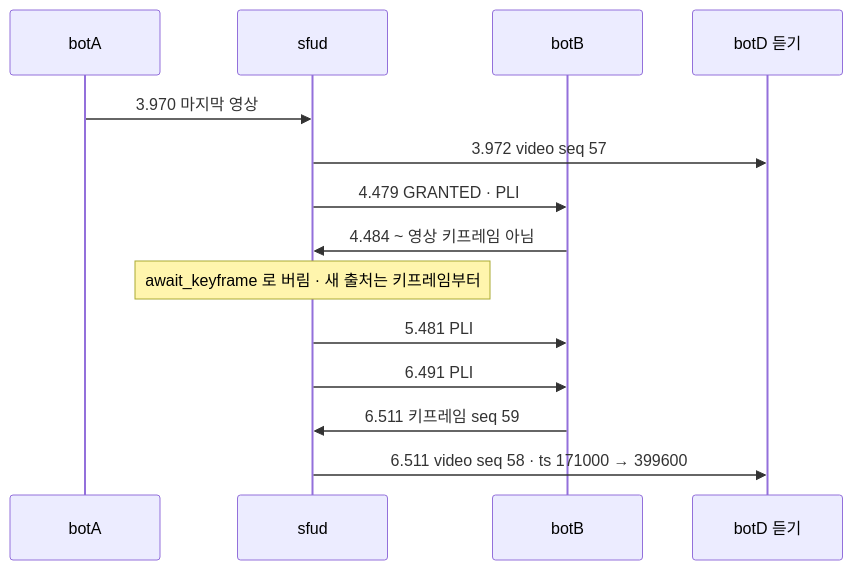
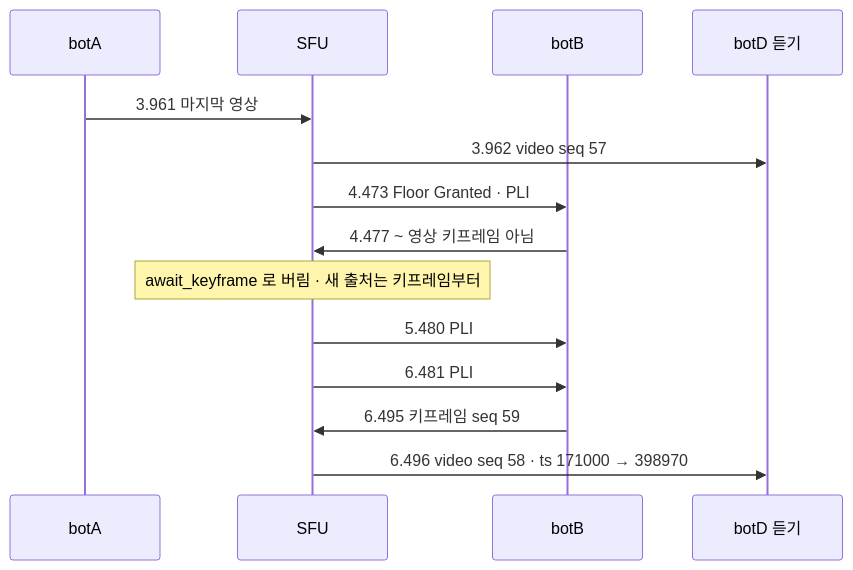
One commit to kodeholic9/oxlens-sfu changed the fourth of 4 diagrams in docs/learn/08_SLOT_SPEAKER.md. Above: the diagram before and after it, drawn with Mermaid. The commit also changed other lines of this file and 19 other files, not shown here.

````diff
--- a/docs/learn/08_SLOT_SPEAKER.md
+++ b/docs/learn/08_SLOT_SPEAKER.md
@@ -150,16 +172,16 @@
 ```mermaid
 sequenceDiagram
   participant A as botA
-  participant S as sfud
+  participant S as SFU
   participant B as botB
   participant D as botD 듣기
-  A->>S: 3.970 마지막 영상
-  S->>D: 3.972 video seq 57
-  S->>B: 4.479 GRANTED · PLI
-  B->>S: 4.484 ~ 영상 키프레임 아님
+  A->>S: 3.961 마지막 영상
+  S->>D: 3.962 video seq 57
+  S->>B: 4.473 Floor Granted · PLI
+  B->>S: 4.477 ~ 영상 키프레임 아님
   Note over S: await_keyframe 로 버림 · 새 출처는 키프레임부터
-  S->>B: 5.481 PLI
-  S->>B: 6.491 PLI
-  B->>S: 6.511 키프레임 seq 59
-  S->>D: 6.511 video seq 58 · ts 171000 → 399600
+  S->>B: 5.480 PLI
+  S->>B: 6.481 PLI
+  B->>S: 6.495 키프레임 seq 59
+  S->>D: 6.496 video seq 58 · ts 171000 → 398970
 ```
````
